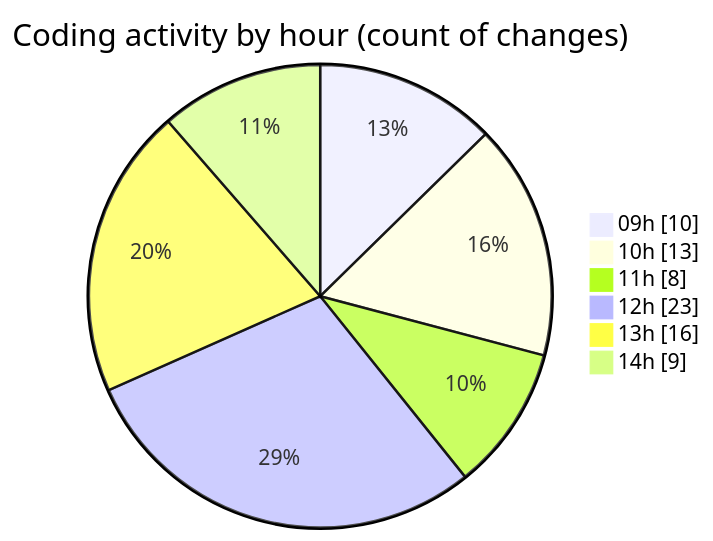
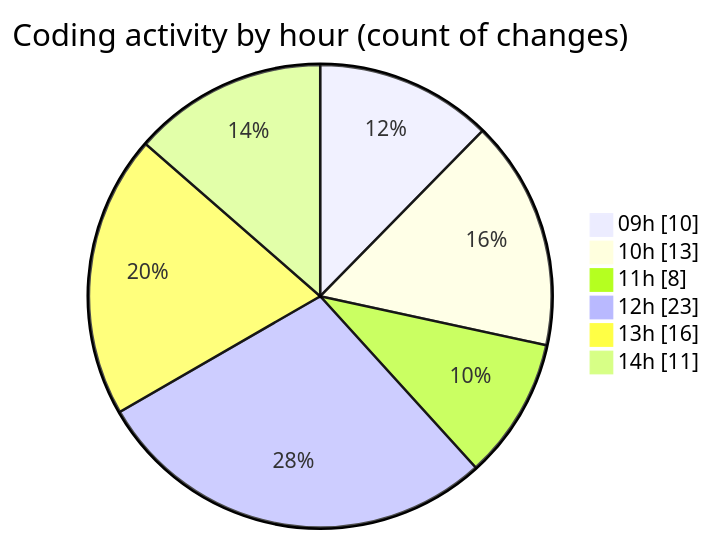
The second of 2 diagrams in 2025-03-07/cda/README.md (momahboobian/code-tracking), drawn with Mermaid before and after one commit. The commit also changed other lines of this file and 1 other file, not shown here.

````diff
--- a/2025-03-07/cda/README.md
+++ b/2025-03-07/cda/README.md
@@ -45,10 +46,10 @@
 ```mermaid
 pie showData
 title Coding activity by hour (count of changes)
 "09h" : 10
 "10h" : 13
 "11h" : 8
 "12h" : 23
 "13h" : 16
-"14h" : 9
+"14h" : 11
 ```
````
